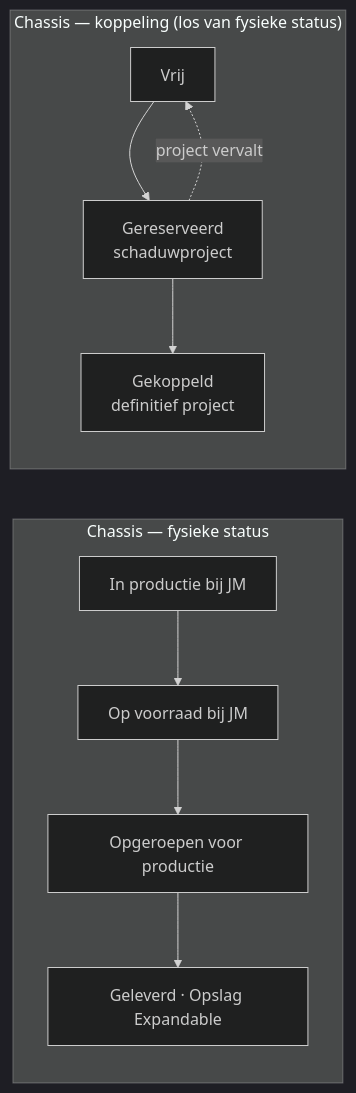
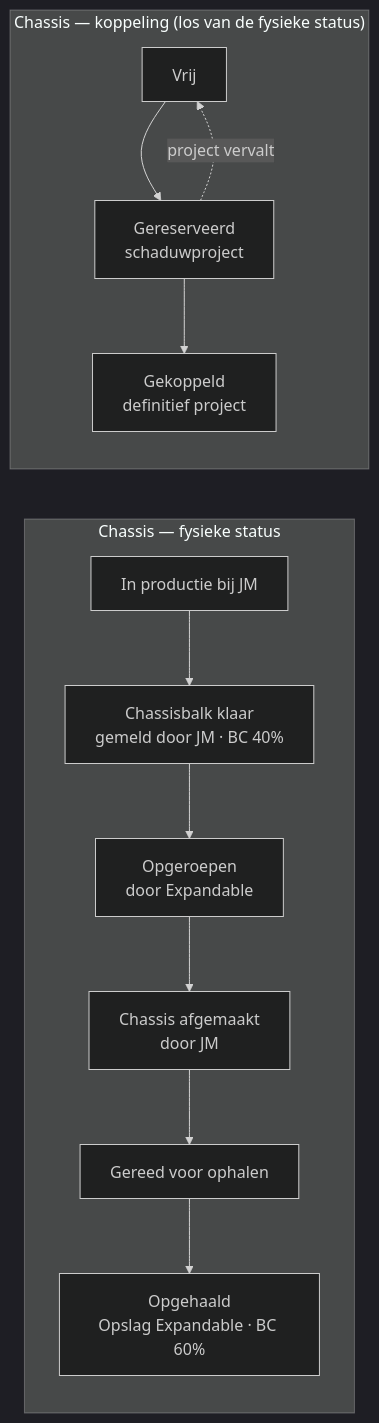
One commit to damianeersel/expandable-planner changed the first of 2 diagrams in JM-CONSTRUCT-PLAN.md. Above: the diagram before and after it, drawn with Mermaid (dark theme). The commit also changed other lines of this file and 3 other files, not shown here.

First line of the commit message:
JM Construct-plan 0.4: IO per chassis, chassisbalk-flow, BC 40/60

````diff
--- a/JM-CONSTRUCT-PLAN.md
+++ b/JM-CONSTRUCT-PLAN.md
@@ -60,10 +62,10 @@
 ```mermaid
 flowchart LR
   subgraph Fysiek["Chassis — fysieke status"]
-    CIP["In productie bij JM"] --> OV["Op voorraad bij JM"] --> OPG["Opgeroepen voor productie"] --> GEL["Geleverd · Opslag Expandable"]
+    A["In productie bij JM"] --> B["Chassisbalk klaar<br/>gemeld door JM · BC 40%"] --> C["Opgeroepen<br/>door Expandable"] --> D["Chassis afgemaakt<br/>door JM"] --> E["Gereed voor ophalen"] --> F["Opgehaald<br/>Opslag Expandable · BC 60%"]
   end
-  subgraph Koppeling["Chassis — koppeling (los van fysieke status)"]
-    VRIJ["Vrij"] --> RESV["Gereserveerd<br/>schaduwproject"] --> KOP["Gekoppeld<br/>definitief project"]
-    RESV -. project vervalt .-> VRIJ
+  subgraph Koppeling["Chassis — koppeling (los van de fysieke status)"]
+    V["Vrij"] --> R["Gereserveerd<br/>schaduwproject"] --> K["Gekoppeld<br/>definitief project"]
+    R -. project vervalt .-> V
   end
 ```
````
